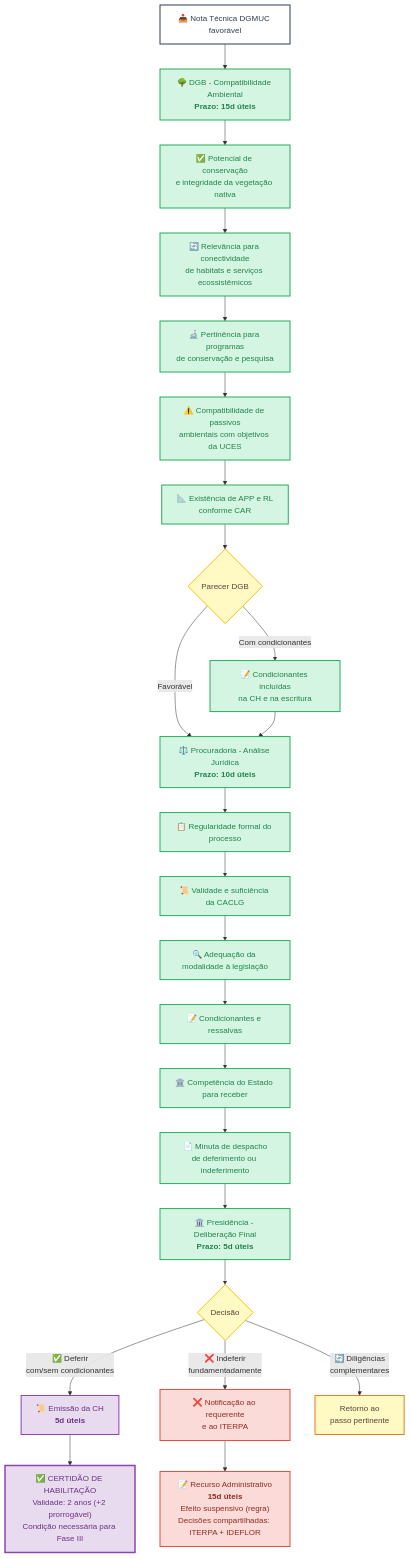
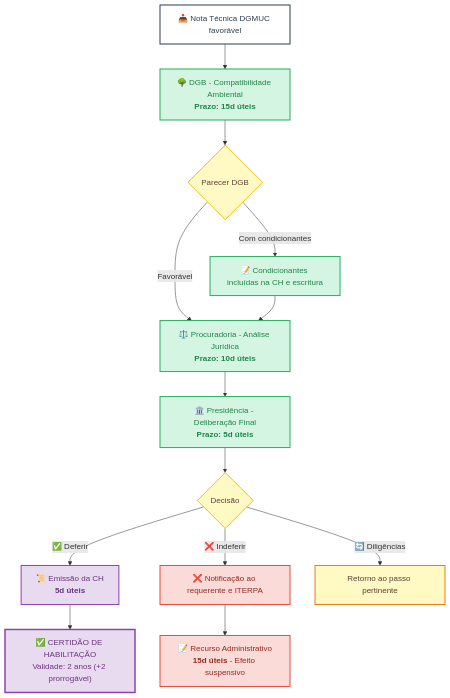
Before and after one commit to NGEO-IDEFLOR-Bio/certFundiaria-uces-pa: the sixth of 11 diagrams in docs/03-fluxos/fluxos.md, drawn with Mermaid. The commit also changed other lines of this file, not shown here.

Commit message:
Simplifica diagramas grandes para evitar corte vertical no GitHub - move detalhes para texto abaixo dos diagramas

````diff
--- a/docs/03-fluxos/fluxos.md
+++ b/docs/03-fluxos/fluxos.md
@@ -199,46 +199,33 @@
 ```mermaid
 flowchart TD
     classDef ideflor fill:#D5F5E3,stroke:#27AE60,stroke-width:2px,color:#1E8449
     classDef documento fill:#E8DAEF,stroke:#8E44AD,stroke-width:2px,color:#6C3483
     classDef decisao fill:#FFF9C4,stroke:#F1C40F,stroke-width:2px,color:#5D4037
     classDef rejeicao fill:#FADBD8,stroke:#E74C3C,stroke-width:2px,color:#922B21
     classDef entrada fill:#FFFFFF,stroke:#2C3E50,stroke-width:2px,color:#2C3E50
 
     IN["📥 Nota Técnica DGMUC favorável"]:::entrada
     --> DGB["🌳 DGB - Compatibilidade Ambiental<br/><b>Prazo: 15d úteis</b>"]:::ideflor
 
-    DGB --> D1["✅ Potencial de conservação<br/>e integridade da vegetação nativa"]:::ideflor
-    D1 --> D2["🔄 Relevância para conectividade<br/>de habitats e serviços ecossistêmicos"]:::ideflor
-    D2 --> D3["🔬 Pertinência para programas<br/>de conservação e pesquisa"]:::ideflor
-    D3 --> D4["⚠️ Compatibilidade de passivos<br/>ambientais com objetivos da UCES"]:::ideflor
-    D4 --> D5["📐 Existência de APP e RL<br/>conforme CAR"]:::ideflor
-
-    D5 --> PARECER_DGB{"Parecer DGB"}:::decisao
+    DGB --> PARECER_DGB{"Parecer DGB"}:::decisao
 
     PARECER_DGB --> |Favorável| PROC
-    PARECER_DGB --> |Com condicionantes| COND["📝 Condicionantes incluídas<br/>na CH e na escritura"]:::ideflor
+    PARECER_DGB --> |Com condicionantes| COND["📝 Condicionantes incluídas na CH e escritura"]:::ideflor
     COND --> PROC
 
     PROC["⚖️ Procuradoria - Análise Jurídica<br/><b>Prazo: 10d úteis</b>"]:::ideflor
-    --> P1["📋 Regularidade formal do processo"]:::ideflor
-    P1 --> P2["📜 Validade e suficiência da CACLG"]:::ideflor
-    P2 --> P3["🔍 Adequação da modalidade à legislação"]:::ideflor
-    P3 --> P4["📝 Condicionantes e ressalvas"]:::ideflor
-    P4 --> P5["🏛️ Competência do Estado para receber"]:::ideflor
-    P5 --> P6["📄 Minuta de despacho<br/>de deferimento ou indeferimento"]:::ideflor
-
-    P6 --> PRES["🏛️ Presidência - Deliberação Final<br/><b>Prazo: 5d úteis</b>"]:::ideflor
+    --> PRES["🏛️ Presidência - Deliberação Final<br/><b>Prazo: 5d úteis</b>"]:::ideflor
 
     PRES --> DELIB{"Decisão"}:::decisao
 
-    DELIB --> |✅ Deferir<br/>com/sem condicionantes| EMIT["📜 Emissão da CH<br/><b>5d úteis</b>"]:::documento
-    DELIB --> |❌ Indeferir<br/>fundamentadamente| INDEF["❌ Notificação ao requerente<br/>e ao ITERPA"]:::rejeicao
-    DELIB --> |🔄 Diligências<br/>complementares| DILIG["Retorno ao<br/>passo pertinente"]:::decisao
+    DELIB --> |✅ Deferir| EMIT["📜 Emissão da CH<br/><b>5d úteis</b>"]:::documento
+    DELIB --> |❌ Indeferir| INDEF["❌ Notificação ao requerente e ITERPA"]:::rejeicao
+    DELIB --> |🔄 Diligências| DILIG["Retorno ao passo pertinente"]:::decisao
 
-    EMIT --> CHOK["✅ CERTIDÃO DE HABILITAÇÃO<br/>Validade: 2 anos (+2 prorrogável)<br/>Condição necessária para Fase III"]:::documento
+    EMIT --> CHOK["✅ CERTIDÃO DE HABILITAÇÃO<br/>Validade: 2 anos (+2 prorrogável)"]:::documento
 
-    INDEF --> REC["📝 Recurso Administrativo<br/><b>15d úteis</b><br/>Efeito suspensivo (regra)<br/>Decisões compartilhadas: ITERPA + IDEFLOR"]:::rejeicao
+    INDEF --> REC["📝 Recurso Administrativo<br/><b>15d úteis</b> - Efeito suspensivo"]:::rejeicao
 
     style CHOK stroke-width:3px
     style DILIG stroke:#E67E22,stroke-width:2px
 ```
````
